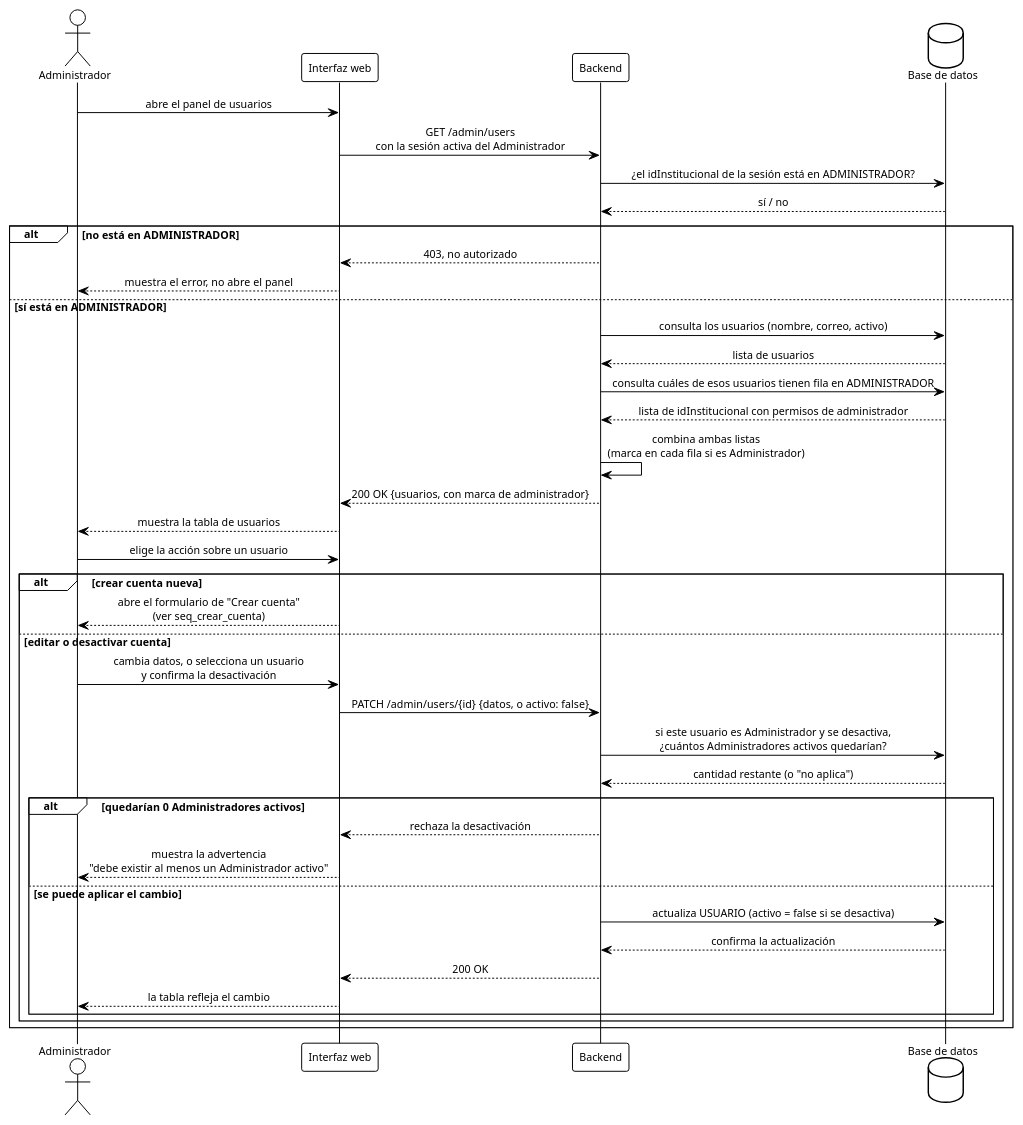
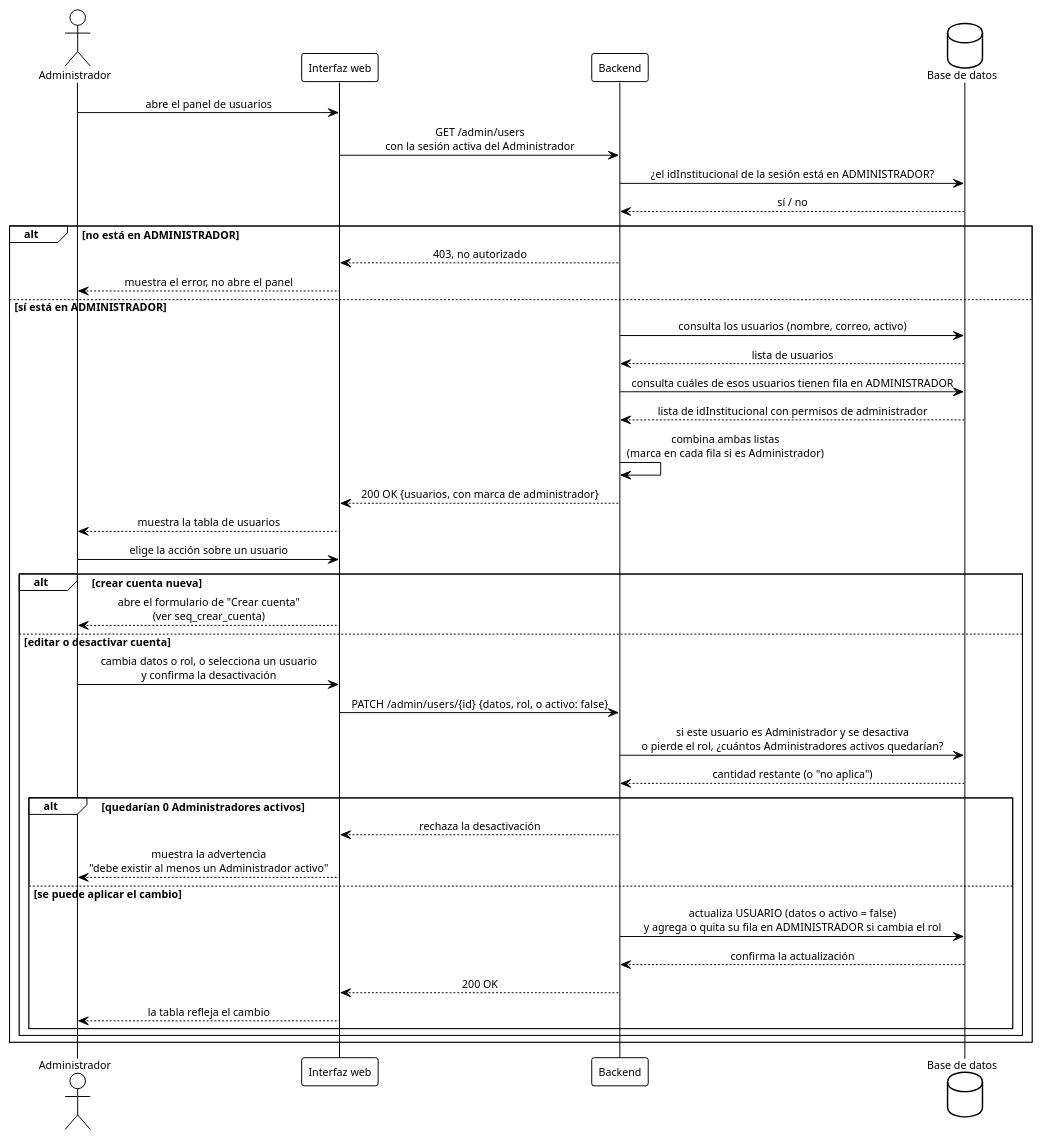
One commit to ErickJester/fst-ai-system-latex changed diagram 27 of 38 in INSTRUCCIONES-WEB.md. Above: the diagram before and after it, drawn with PlantUML. The commit also changed other lines of this file and 33 other files, not shown here.

````diff
--- a/INSTRUCCIONES-WEB.md
+++ b/INSTRUCCIONES-WEB.md
@@ -2063,49 +2063,49 @@
 ```plantuml
 @startuml seq_gestion_usuarios
 !theme plain
 skinparam defaultFontName Arial
 skinparam defaultFontSize 11
 skinparam shadowing false
 skinparam sequenceMessageAlign center
 skinparam BoxPadding 10
 actor Administrador as admin
 participant "Interfaz web" as ui
 participant Backend as api
 database "Base de datos" as db
 
 admin -> ui: abre el panel de usuarios
 ui -> api: GET /admin/users\ncon la sesión activa del Administrador
 api -> db: ¿el idInstitucional de la sesión está en ADMINISTRADOR?
 db --> api: sí / no
 alt no está en ADMINISTRADOR
   api --> ui: 403, no autorizado
   ui --> admin: muestra el error, no abre el panel
 else sí está en ADMINISTRADOR
   api -> db: consulta los usuarios (nombre, correo, activo)
   db --> api: lista de usuarios
   api -> db: consulta cuáles de esos usuarios tienen fila en ADMINISTRADOR
   db --> api: lista de idInstitucional con permisos de administrador
   api -> api: combina ambas listas\n(marca en cada fila si es Administrador)
   api --> ui: 200 OK {usuarios, con marca de administrador}
   ui --> admin: muestra la tabla de usuarios
   admin -> ui: elige la acción sobre un usuario
   alt crear cuenta nueva
     ui --> admin: abre el formulario de "Crear cuenta"\n(ver seq_crear_cuenta)
   else editar o desactivar cuenta
-    admin -> ui: cambia datos, o selecciona un usuario\ny confirma la desactivación
-    ui -> api: PATCH /admin/users/{id} {datos, o activo: false}
-    api -> db: si este usuario es Administrador y se desactiva,\n¿cuántos Administradores activos quedarían?
+    admin -> ui: cambia datos o rol, o selecciona un usuario\ny confirma la desactivación
+    ui -> api: PATCH /admin/users/{id} {datos, rol, o activo: false}
+    api -> db: si este usuario es Administrador y se desactiva\no pierde el rol, ¿cuántos Administradores activos quedarían?
     db --> api: cantidad restante (o "no aplica")
     alt quedarían 0 Administradores activos
       api --> ui: rechaza la desactivación
       ui --> admin: muestra la advertencia\n"debe existir al menos un Administrador activo"
     else se puede aplicar el cambio
-      api -> db: actualiza USUARIO (activo = false si se desactiva)
+      api -> db: actualiza USUARIO (datos o activo = false)\ny agrega o quita su fila en ADMINISTRADOR si cambia el rol
       db --> api: confirma la actualización
       api --> ui: 200 OK
       ui --> admin: la tabla refleja el cambio
     end
   end
 end
 @enduml
 ```
````
